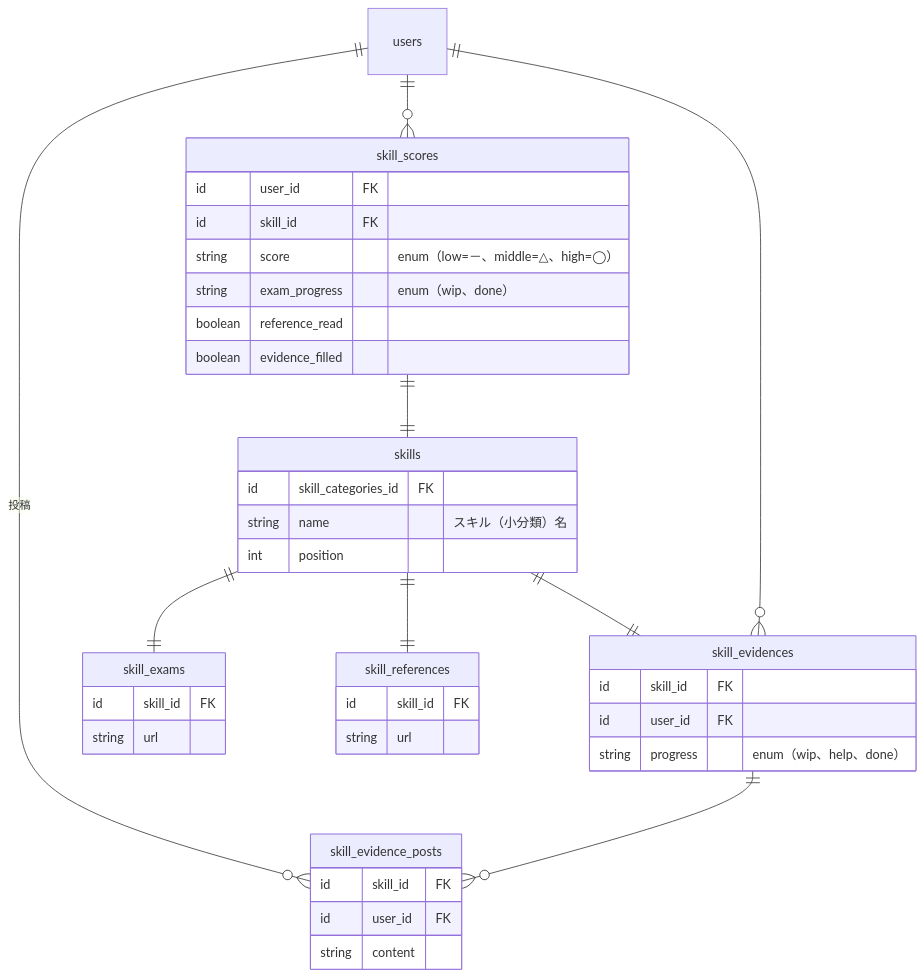
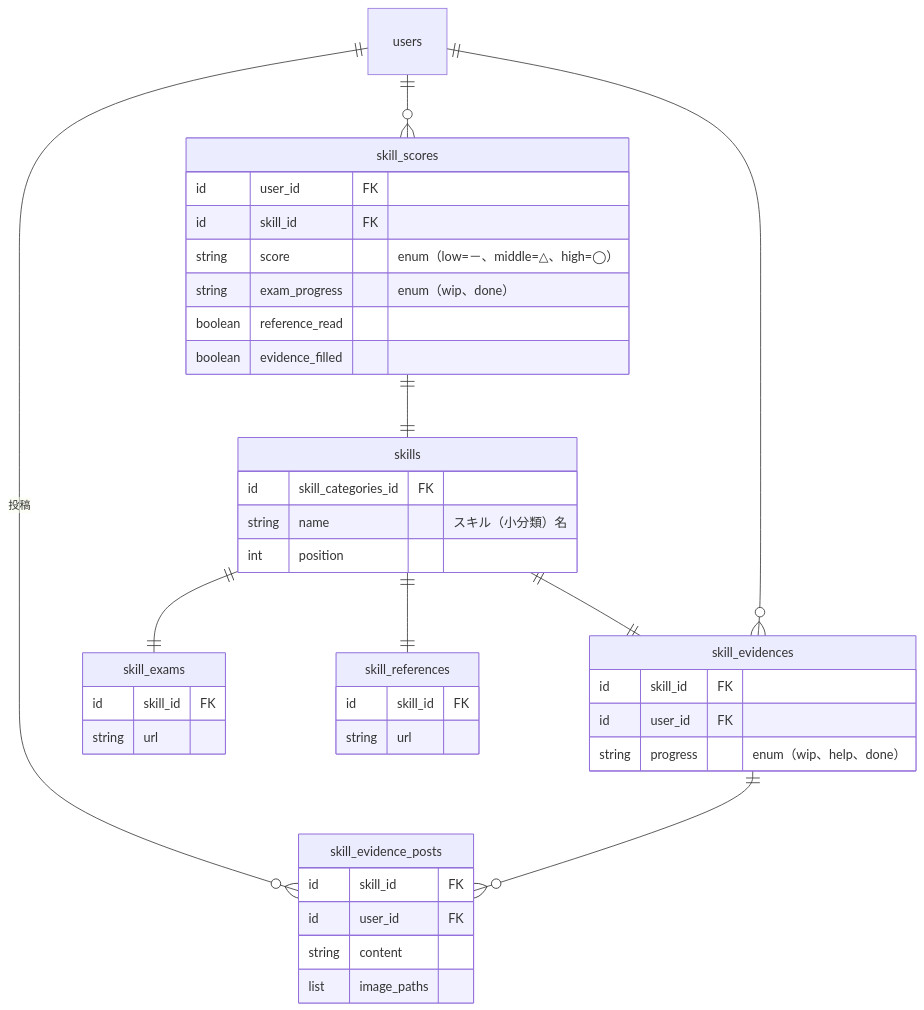
The second of 2 diagrams in docs/conceptual_schemas/skill_user_relations.md (bright-org/bright), drawn with Mermaid before and after one commit. The commit also changed other lines of this file and 6 other files, not shown here.

````diff
--- a/docs/conceptual_schemas/skill_user_relations.md
+++ b/docs/conceptual_schemas/skill_user_relations.md
@@ -44,52 +44,53 @@
 ```mermaid
 erDiagram
   skill_scores ||--|| skills : ""
   skills ||--|| skill_evidences : ""
   skills ||--|| skill_exams : ""
   skills ||--|| skill_references : ""
 
   users ||--o{ skill_scores : ""
   users ||--o{ skill_evidences : ""
   users ||--o{ skill_evidence_posts : "投稿"
   skill_evidences ||--o{ skill_evidence_posts : ""
 
   users {
   }
 
   skills {
     id skill_categories_id FK
     string name "スキル（小分類）名"
     int position
   }
 
   skill_exams {
     id skill_id FK
     string url
   }
 
   skill_references {
     id skill_id FK
     string url
   }
 
   skill_scores {
     id user_id FK
     id skill_id FK
     string score "enum（low=－、middle=△、high=◯）"
     string exam_progress "enum（wip、done）"
     boolean reference_read
     boolean evidence_filled
   }
 
   skill_evidences {
     id skill_id FK
     id user_id FK
     string progress "enum（wip、help、done）"
   }
 
   skill_evidence_posts {
     id skill_id FK
     id user_id FK
     string content
+    list image_paths
   }
 ```
````
